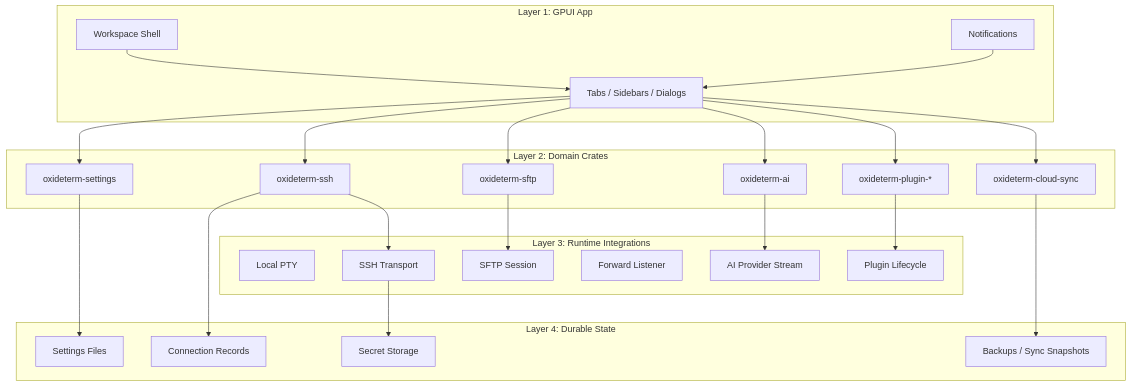
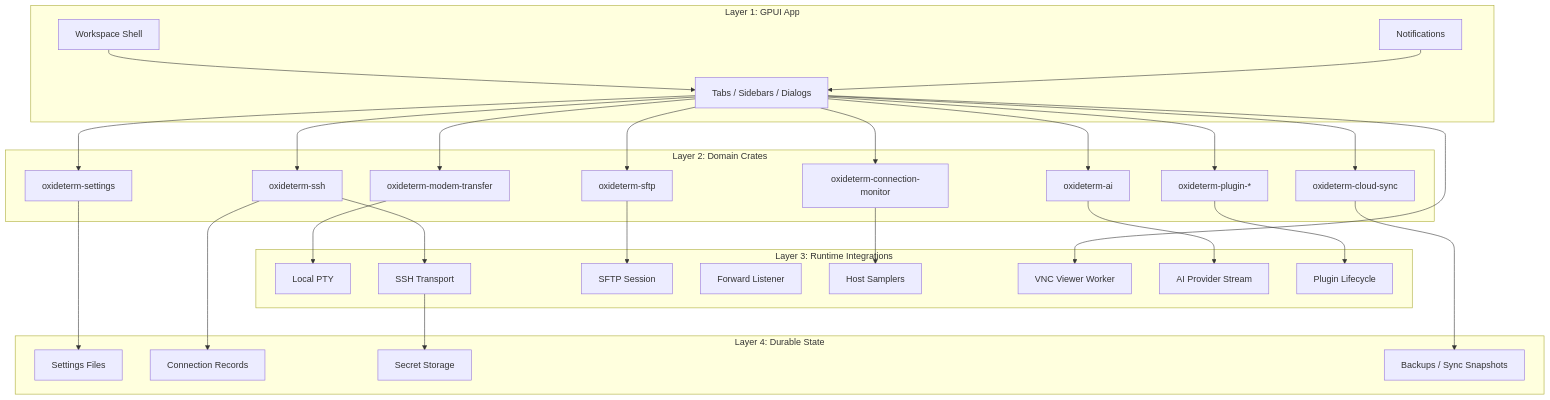
One commit to AnalyseDeCircuit/oxideterm changed the fourth of 15 diagrams in docs/user-guide/en/architecture.md. Above: the diagram before and after it, drawn with Mermaid. The commit also changed other lines of this file and 17 other files, not shown here.

Commit message:
docs: refresh native architecture guide

````diff
--- a/docs/user-guide/en/architecture.md
+++ b/docs/user-guide/en/architecture.md
@@ -327,50 +342,59 @@
 ```mermaid
 flowchart TB
     subgraph UI["Layer 1: GPUI App"]
         Workspace["Workspace Shell"]
         Surfaces["Tabs / Sidebars / Dialogs"]
         Notifications["Notifications"]
     end
 
     subgraph Domain["Layer 2: Domain Crates"]
         Ssh["oxideterm-ssh"]
         Sftp["oxideterm-sftp"]
+        MonitorDomain["oxideterm-connection-monitor"]
+        ModemDomain["oxideterm-modem-transfer"]
         Ai["oxideterm-ai"]
         SettingsDomain["oxideterm-settings"]
         PluginsDomain["oxideterm-plugin-*"]
         SyncDomain["oxideterm-cloud-sync"]
     end
 
     subgraph RuntimeIntegration["Layer 3: Runtime Integrations"]
         PtyRuntime["Local PTY"]
         SshRuntime["SSH Transport"]
         SftpRuntime["SFTP Session"]
         ForwardRuntime["Forward Listener"]
+        HostSampler["Host Samplers"]
+        GraphicsRuntime["VNC Viewer Worker"]
         ProviderRuntime["AI Provider Stream"]
         PluginRuntime["Plugin Lifecycle"]
     end
 
     subgraph Durable["Layer 4: Durable State"]
         SettingsFiles["Settings Files"]
         ConnectionFiles["Connection Records"]
         Keychain["Secret Storage"]
         Backups["Backups / Sync Snapshots"]
     end
 
     Workspace --> Surfaces
     Surfaces --> Ssh
     Surfaces --> Sftp
+    Surfaces --> MonitorDomain
+    Surfaces --> ModemDomain
+    Surfaces --> GraphicsRuntime
     Surfaces --> Ai
     Surfaces --> SettingsDomain
     Surfaces --> PluginsDomain
     Surfaces --> SyncDomain
     Ssh --> SshRuntime
     Sftp --> SftpRuntime
+    MonitorDomain --> HostSampler
+    ModemDomain --> PtyRuntime
     Ai --> ProviderRuntime
     PluginsDomain --> PluginRuntime
     SshRuntime --> Keychain
     SettingsDomain --> SettingsFiles
     Ssh --> ConnectionFiles
     SyncDomain --> Backups
     Notifications --> Surfaces
 ```
````
